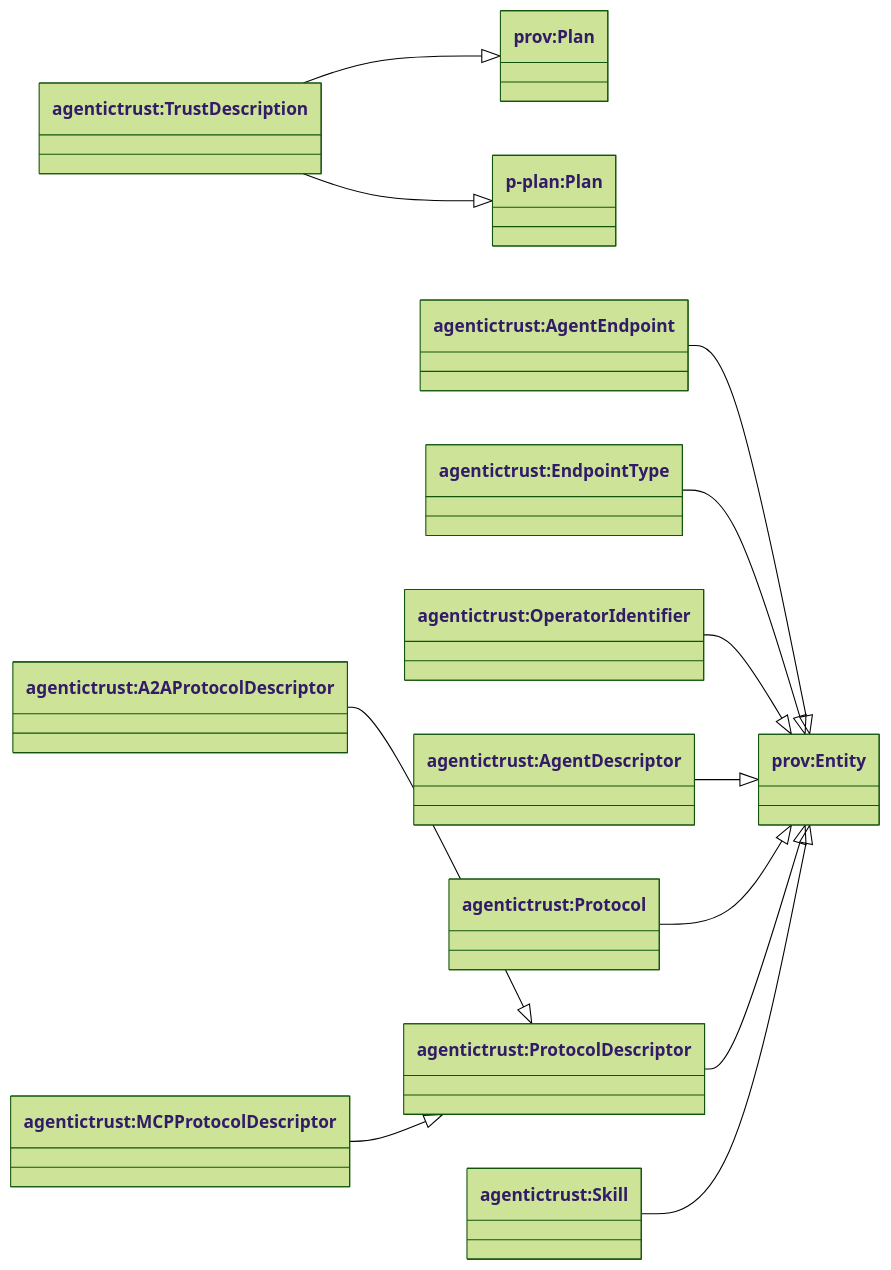
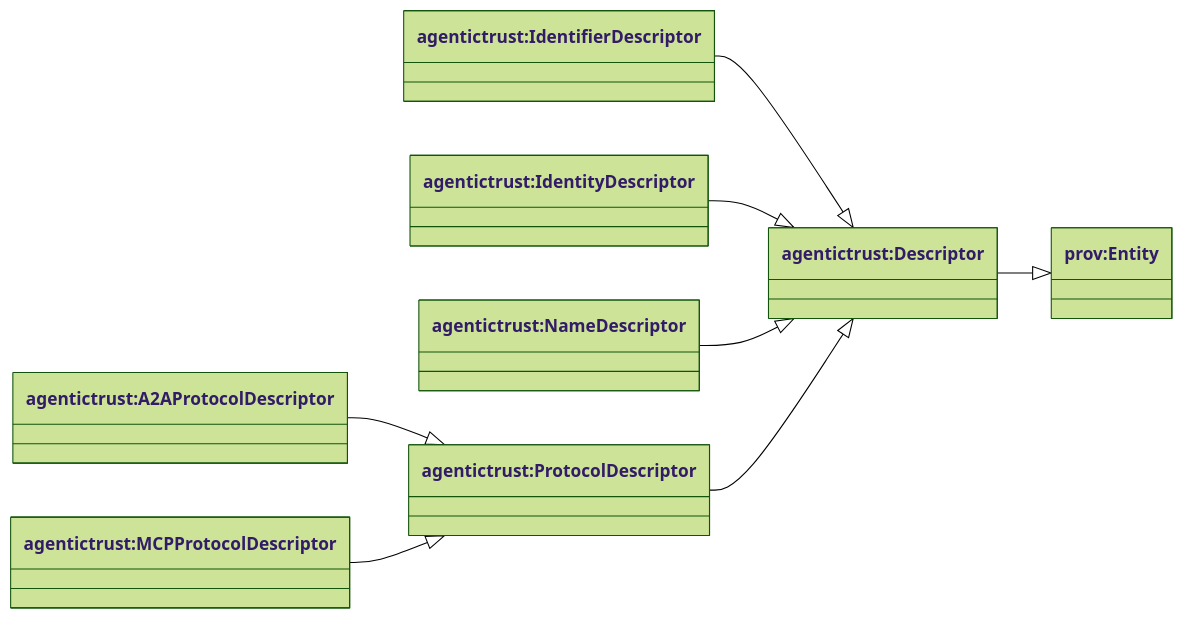
Before and after one commit to Agentic-Trust-Layer/agent-explorer: the first of 6 diagrams in docs/ontology/description.md, drawn with Mermaid (forest theme). The commit also changed other lines of this file and 22 other files, not shown here.

````diff
--- a/docs/ontology/description.md
+++ b/docs/ontology/description.md
@@ -7,33 +9,22 @@
 ```mermaid
 classDiagram
 direction LR
 
-class provPlan["prov:Plan"]
-class pplanPlan["p-plan:Plan"]
 class provEntity["prov:Entity"]
 
-class TrustDescription["agentictrust:TrustDescription"]
-class AgentEndpoint["agentictrust:AgentEndpoint"]
-class EndpointType["agentictrust:EndpointType"]
-class OperatorIdentifier["agentictrust:OperatorIdentifier"]
-class AgentDescriptor["agentictrust:AgentDescriptor"]
-class Protocol["agentictrust:Protocol"]
+class Descriptor["agentictrust:Descriptor"]
+class IdentifierDescriptor["agentictrust:IdentifierDescriptor"]
+class IdentityDescriptor["agentictrust:IdentityDescriptor"]
+class NameDescriptor["agentictrust:NameDescriptor"]
 class ProtocolDescriptor["agentictrust:ProtocolDescriptor"]
 class A2AProtocolDescriptor["agentictrust:A2AProtocolDescriptor"]
 class MCPProtocolDescriptor["agentictrust:MCPProtocolDescriptor"]
-class Skill["agentictrust:Skill"]
 
-TrustDescription --|> provPlan
-TrustDescription --|> pplanPlan
-
-AgentEndpoint --|> provEntity
-EndpointType --|> provEntity
-OperatorIdentifier --|> provEntity
-AgentDescriptor --|> provEntity
-Protocol --|> provEntity
-ProtocolDescriptor --|> provEntity
-Skill --|> provEntity
-
+Descriptor --|> provEntity
+IdentifierDescriptor --|> Descriptor
+IdentityDescriptor --|> Descriptor
+NameDescriptor --|> Descriptor
+ProtocolDescriptor --|> Descriptor
 A2AProtocolDescriptor --|> ProtocolDescriptor
 MCPProtocolDescriptor --|> ProtocolDescriptor
 ```
````
